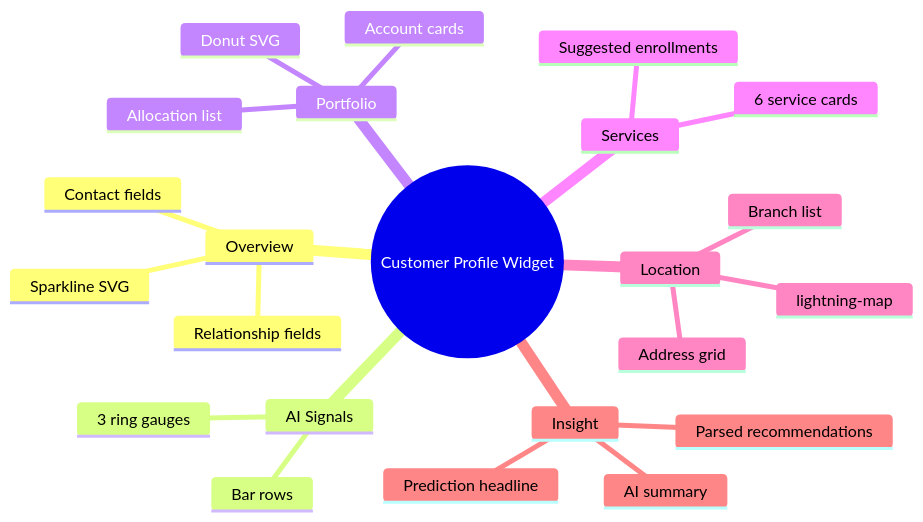
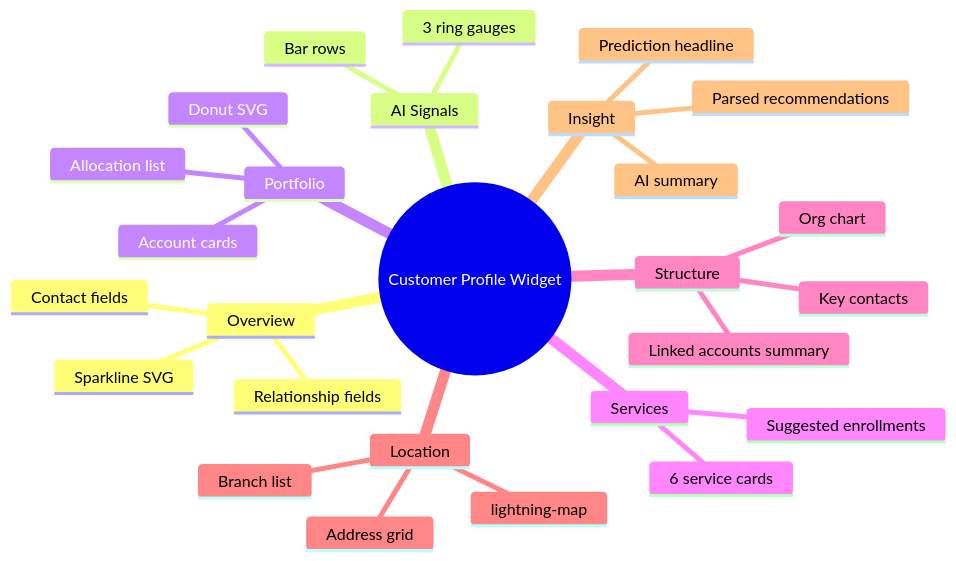
The second of 7 diagrams in DC_PersonProfileWidget/docs/DIAGRAMS.md (josers18/JDO), drawn with Mermaid before and after one commit. The commit also changed other lines of this file and 51 other files, not shown here.

First line of the commit message:
Docs: Customer profile flow/SOQL mapping; full Business profile docs; monorepo index

````diff
--- a/DC_PersonProfileWidget/docs/DIAGRAMS.md
+++ b/DC_PersonProfileWidget/docs/DIAGRAMS.md
@@ -28,26 +30,30 @@
 ```mermaid
 mindmap
   root((Customer Profile Widget))
     Overview
       Contact fields
       Relationship fields
       Sparkline SVG
     AI Signals
       3 ring gauges
       Bar rows
     Portfolio
       Donut SVG
       Allocation list
       Account cards
     Services
       6 service cards
       Suggested enrollments
+    Structure
+      Org chart
+      Key contacts
+      Linked accounts summary
     Location
       lightning-map
       Address grid
       Branch list
     Insight
       Prediction headline
       AI summary
       Parsed recommendations
 ```
````
